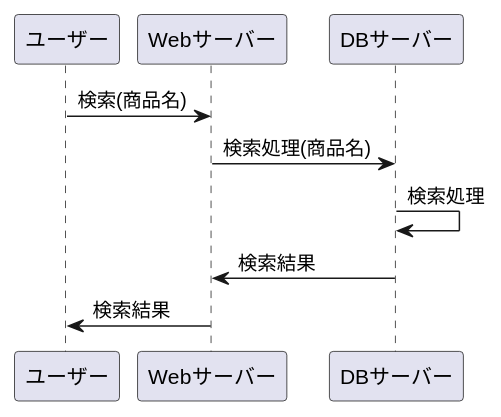
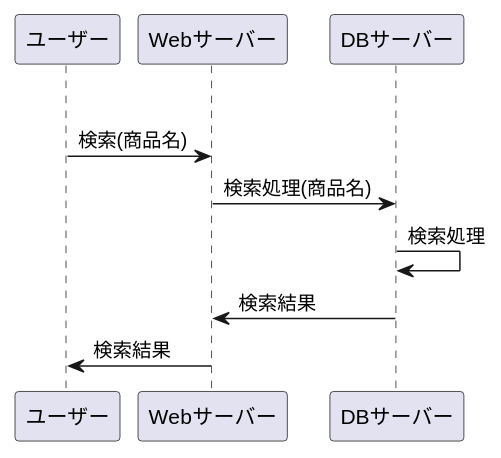
Before and after one commit to Aso2001154/2021sys-design: the diagram in sample.md, drawn with PlantUML.

````diff
--- a/sample.md
+++ b/sample.md
@@ -1,9 +1,10 @@
 ```uml
 @startuml
+opt 未登録
 ユーザー -> Webサーバー : 検索(商品名)
 Webサーバー -> DBサーバー : 検索処理(商品名)
 DBサーバー -> DBサーバー : 検索処理
 DBサーバー -> Webサーバー : 検索結果
 Webサーバー -> ユーザー : 検索結果
 @enduml
 ```
````
